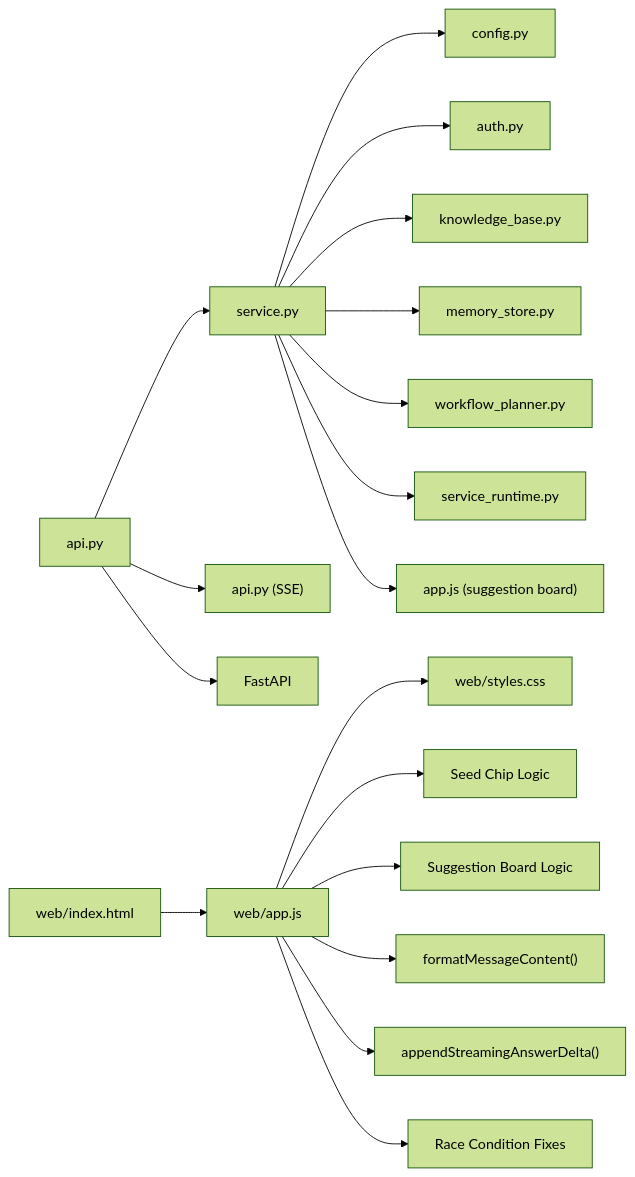
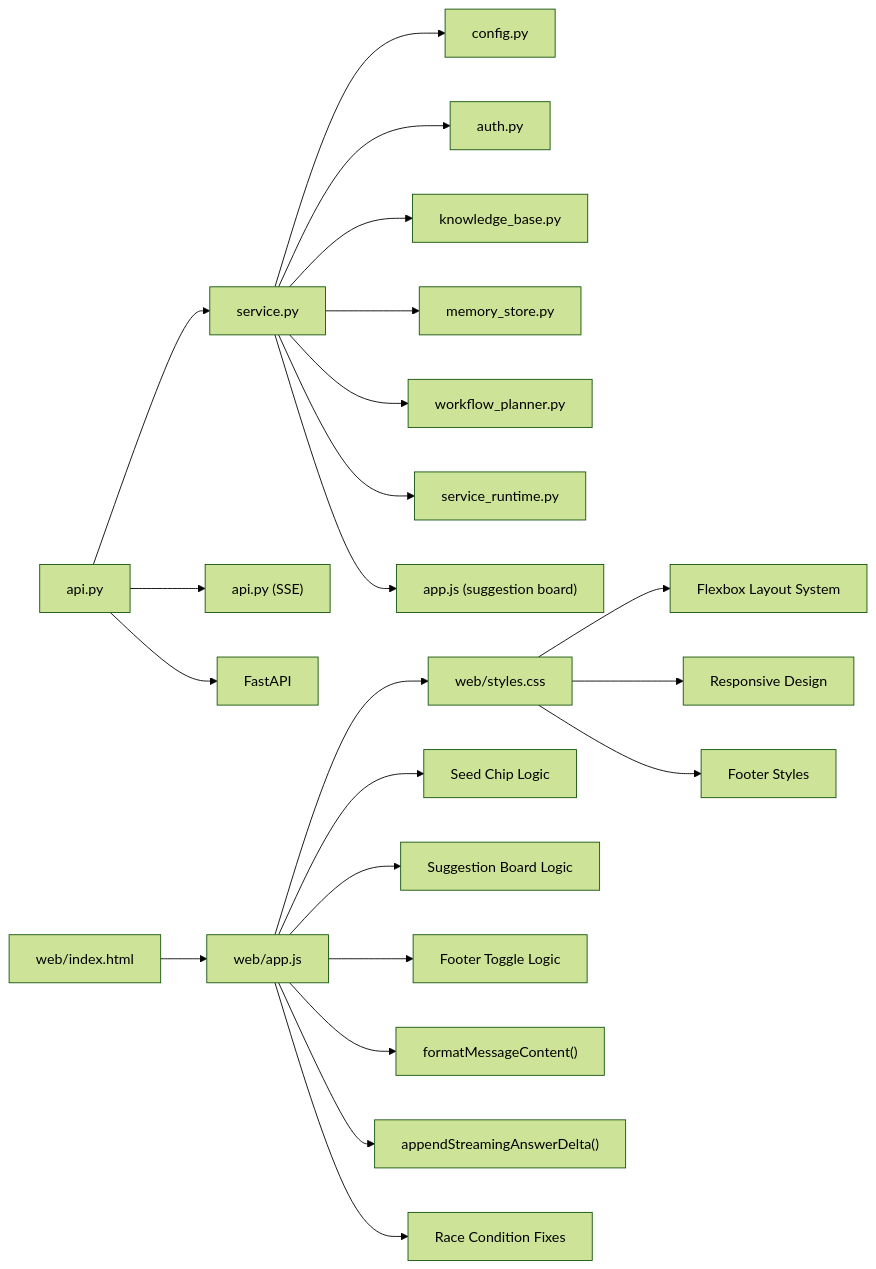
Before and after one commit to intellistream/sage-mate: the tenth of 10 diagrams in .qoder/repowiki/en/content/Core Components/Core Components.md, drawn with Mermaid (forest theme). The commit also changed other lines of this file and 34 other files, not shown here.

````diff
--- a/.qoder/repowiki/en/content/Core Components/Core Components.md
+++ b/.qoder/repowiki/en/content/Core Components/Core Components.md
@@ -783,20 +920,24 @@
 ```mermaid
 graph LR
 API["api.py"] --> SVC["service.py"]
 API --> BROKER["api.py (SSE)"]
 SVC --> CFG["config.py"]
 SVC --> AUTH["auth.py"]
 SVC --> KB["knowledge_base.py"]
 SVC --> MEM["memory_store.py"]
 SVC --> PLAN["workflow_planner.py"]
 SVC --> SRM["service_runtime.py"]
 SVC --> SUGGEST["app.js (suggestion board)"]
 API --> FASTAPI["FastAPI"]
 WEB["web/index.html"] --> APPJS["web/app.js"]
 APPJS --> STYLES["web/styles.css"]
 APPJS --> SEEDCHIPS["Seed Chip Logic"]
 APPJS --> SUGGESTLOGIC["Suggestion Board Logic"]
+APPJS --> FOOTERTOGGLE["Footer Toggle Logic"]
 APPJS --> MARKDOWN["formatMessageContent()"]
 APPJS --> STREAMING["appendStreamingAnswerDelta()"]
 APPJS --> RACEFIXES["Race Condition Fixes"]
+STYLES --> FLEXBOX["Flexbox Layout System"]
+STYLES --> RESPONSIVE["Responsive Design"]
+STYLES --> FOOTERSTYLE["Footer Styles"]
 ```
````
